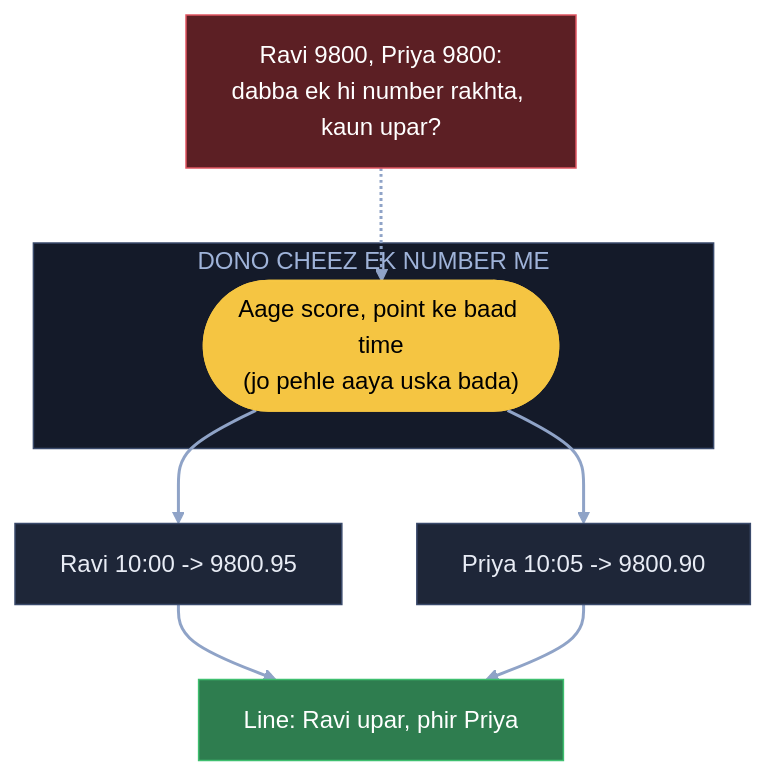
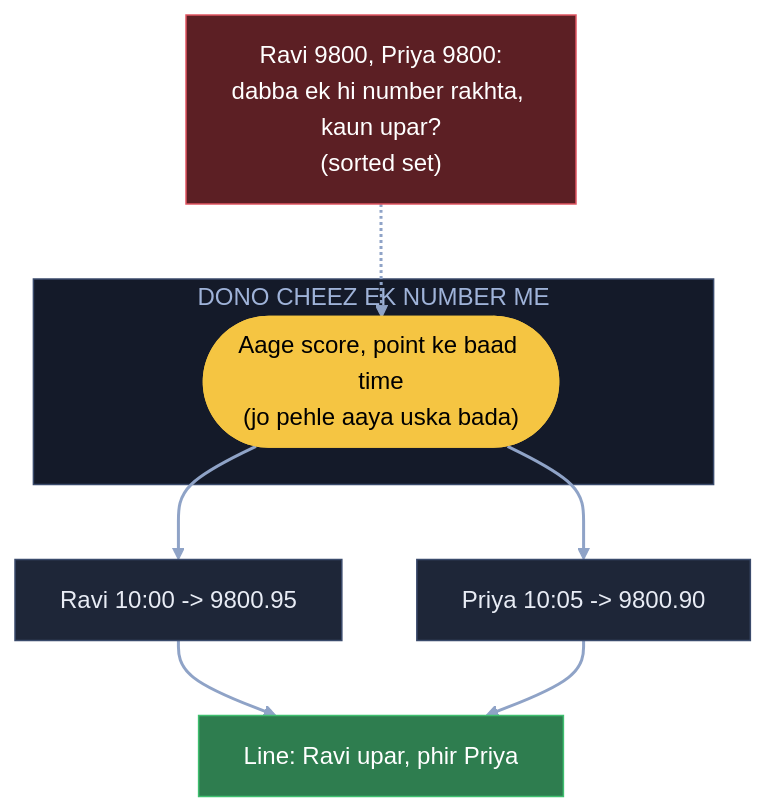
One commit to ArpanMaheshwari144/Prep changed the second of 8 diagrams in 04_HLD/SYSTEM_DESIGNS/16_leaderboard/16_leaderboard.md. Above: the diagram before and after it, drawn with Mermaid. The commit also changed other lines of this file and 22 other files, not shown here.

Commit message:
Diagram: sirf kahani ke dohraaye shabd pe bracket, us jagah notes wala matlab (207 label)

````diff
--- a/04_HLD/SYSTEM_DESIGNS/16_leaderboard/16_leaderboard.md
+++ b/04_HLD/SYSTEM_DESIGNS/16_leaderboard/16_leaderboard.md
@@ -131,21 +131,21 @@
 ```mermaid
 flowchart TB
-    X["Ravi 9800, Priya 9800:<br/>dabba ek hi number rakhta, kaun upar?"]:::bad
+    X["Ravi 9800, Priya 9800:<br/>dabba ek hi number rakhta, kaun upar?<br/>(sorted set)"]:::bad
     subgraph EK["DONO CHEEZ EK NUMBER ME"]
         F(["Aage score, point ke baad time<br/>(jo pehle aaya uska bada)"]):::pill
     end
     R["Ravi 10:00 -> 9800.95"]:::card
     P["Priya 10:05 -> 9800.90"]:::card
     L["Line: Ravi upar, phir Priya"]:::good
     X -.-> F
     F --> R
     F --> P
     R --> L
     P --> L
     linkStyle default stroke:#8fa3c7,stroke-width:2px
     classDef card fill:#1e2638,stroke:#3a4a6b,color:#e8ecf5
     classDef pill fill:#f5c542,stroke:#f5c542,color:#000
     classDef good fill:#2e7d4f,stroke:#3fbf6f,color:#fff
     classDef bad fill:#5c1f24,stroke:#e05561,color:#fff
     style EK fill:#141a29,stroke:#3a4a6b,color:#9fb3d9
 ```
````
